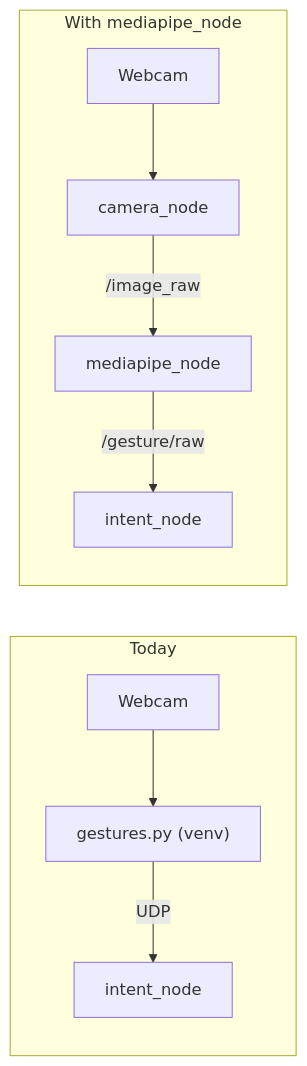
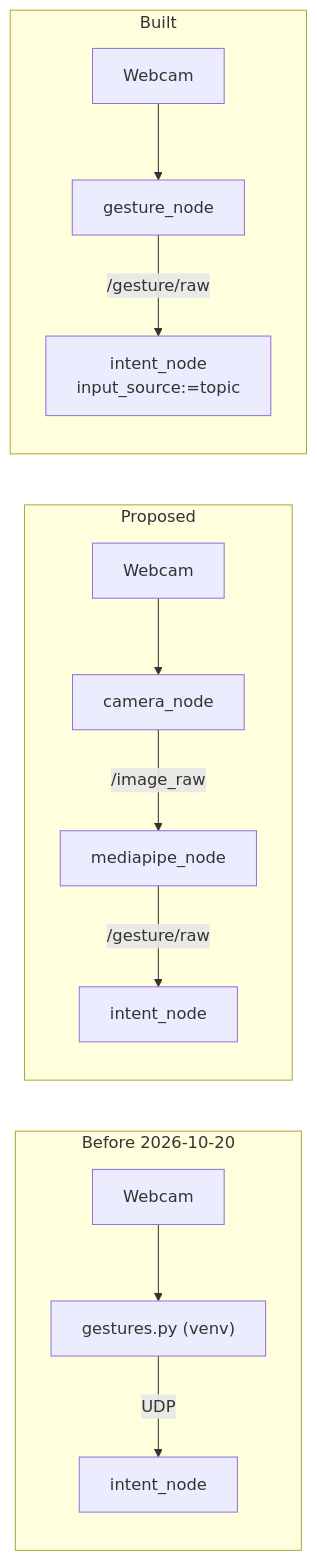
One commit to SEAME-pt/SEA-ME_Team1_ROSRangers changed the second of 2 diagrams in docs/PraticalPlan/06 Gestures/05 Future Nodes.md. Above: the diagram before and after it, drawn with Mermaid. The commit also changed other lines of this file and 25 other files, not shown here.

Commit message:
New gesture node

````diff
--- a/docs/PraticalPlan/06 Gestures/05 Future Nodes.md
+++ b/docs/PraticalPlan/06 Gestures/05 Future Nodes.md
@@ -55,9 +57,12 @@
 ```mermaid
 flowchart LR
-  subgraph today[Today]
+  subgraph before[Before 2026-10-20]
     W1[Webcam] --> G1["gestures.py (venv)"] -->|UDP| N1[intent_node]
   end
-  subgraph future[With mediapipe_node]
+  subgraph proposed[Proposed]
     W2[Webcam] --> C2[camera_node] -->|/image_raw| M2[mediapipe_node] -->|/gesture/raw| N2[intent_node]
   end
+  subgraph built[Built]
+    W3[Webcam] --> M3[gesture_node] -->|/gesture/raw| N3["intent_node<br/>input_source:=topic"]
+  end
 ```
````
